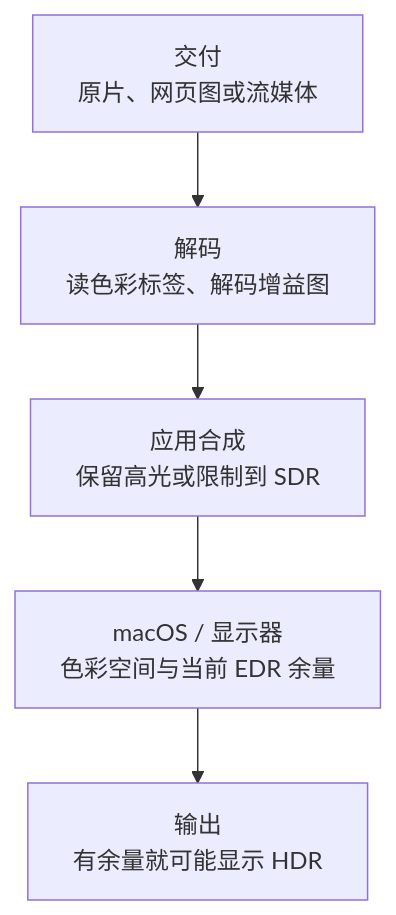
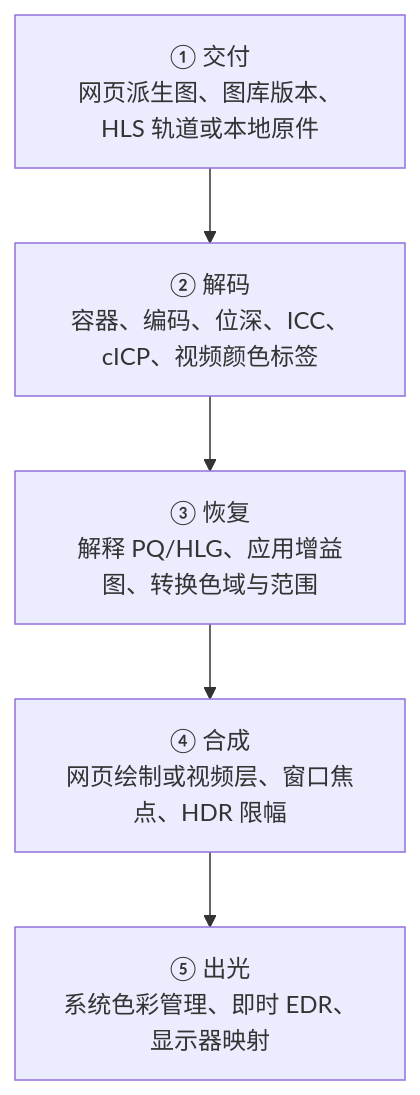
The first of 2 diagrams in content/posts/basics/sdr-hdr-on-mac/index.md (omagiclee/omagiclee.github.io), drawn with Mermaid before and after one commit. The commit also changed other lines of this file and 1 other file, not shown here.

Commit message:
docs: compare SDR and HDR display paths across macOS apps

```diff
--- a/content/posts/basics/sdr-hdr-on-mac/index.md
+++ b/content/posts/basics/sdr-hdr-on-mac/index.md
@@ -67,11 +29,11 @@
 {{< mermaid >}}
 flowchart TB
-    accTitle: HDR 文件到 macOS 屏幕的显示链路
-    accDescr: 应用先选择交付版本，再解码、恢复增益图或解释传递函数，然后合成并按系统显示余量输出 HDR，或者使用 SDR 版本及色调映射。
-    A["交付<br/>原片、网页图或流媒体"]:::client
-    B["解码<br/>读色彩标签、解码增益图"]:::service
-    C["应用合成<br/>保留高光或限制到 SDR"]:::engine
-    D["macOS / 显示器<br/>色彩空间与当前 EDR 余量"]:::service
-    E["输出<br/>有余量就可能显示 HDR"]:::storage
+    accTitle: 同一张图或同一段视频，从交付到屏幕的五道关口
+    accDescr: 交付层选文件或选轨；解码层读像素和标记；恢复层解释颜色与动态范围；合成层按应用策略提交；显示层用当下的 EDR 余量输出。任一关的差异都可能改变画面。
+    A["① 交付<br/>网页派生图、图库版本、HLS 轨道或本地原件"]:::client
+    B["② 解码<br/>容器、编码、位深、ICC、cICP、视频颜色标签"]:::service
+    C["③ 恢复<br/>解释 PQ/HLG、应用增益图、转换色域与范围"]:::engine
+    D["④ 合成<br/>网页绘制或视频层、窗口焦点、HDR 限幅"]:::service
+    E["⑤ 出光<br/>系统色彩管理、即时 EDR、显示器映射"]:::storage
     A --> B --> C --> D --> E
 {{< /mermaid >}}
```
